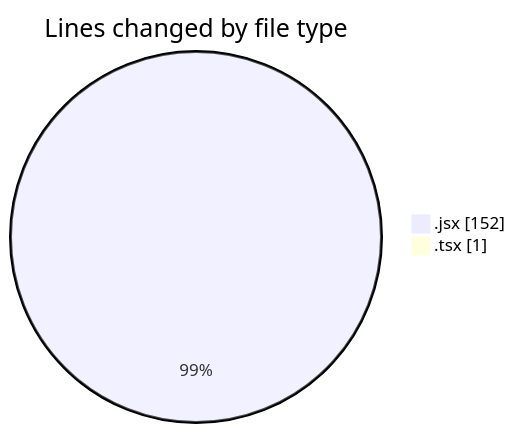
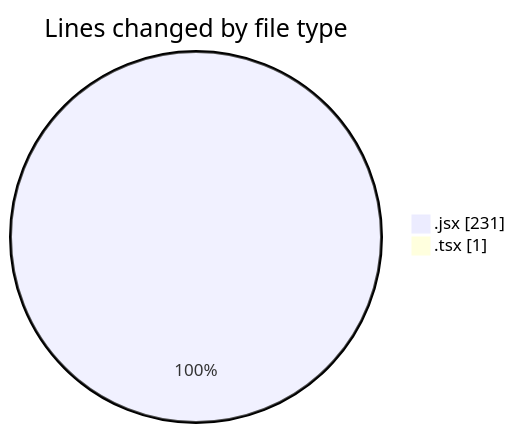
Before and after one commit to Elitesun/code-tracking: the first of 2 diagrams in 2025-02-10/react_ecom/README.md, drawn with Mermaid. The commit also changed other lines of this file and 1 other file, not shown here.

````diff
--- a/2025-02-10/react_ecom/README.md
+++ b/2025-02-10/react_ecom/README.md
@@ -25,6 +25,6 @@
 ```mermaid
 pie showData
 title Lines changed by file type
-".jsx" : 152
+".jsx" : 231
 ".tsx" : 1
 ```
````
